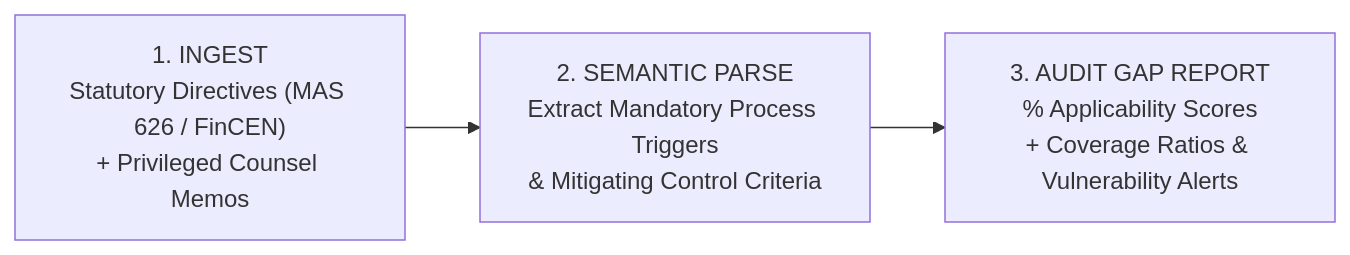
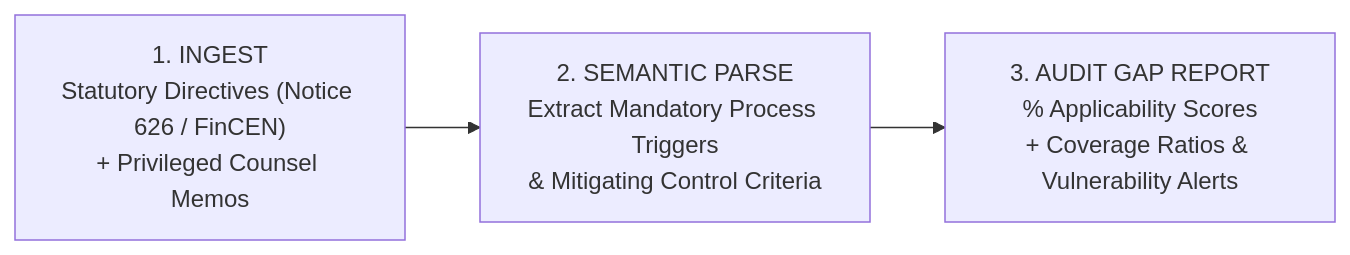
The diagram in README.md (Adrian-D-Lin/GRC-Nexus-Landing), drawn with Mermaid before and after one commit. The commit also changed other lines of this file and 7 other files, not shown here.

````diff
--- a/README.md
+++ b/README.md
@@ -49,5 +49,5 @@
 ```mermaid
 flowchart LR
-    A["1. INGEST<br/>Statutory Directives (MAS 626 / FinCEN)<br/>+ Privileged Counsel Memos"] --> B["2. SEMANTIC PARSE<br/>Extract Mandatory Process Triggers<br/>& Mitigating Control Criteria"]
+    A["1. INGEST<br/>Statutory Directives (Notice 626 / FinCEN)<br/>+ Privileged Counsel Memos"] --> B["2. SEMANTIC PARSE<br/>Extract Mandatory Process Triggers<br/>& Mitigating Control Criteria"]
     B --> C["3. AUDIT GAP REPORT<br/>% Applicability Scores<br/>+ Coverage Ratios & Vulnerability Alerts"]
 ```
````
